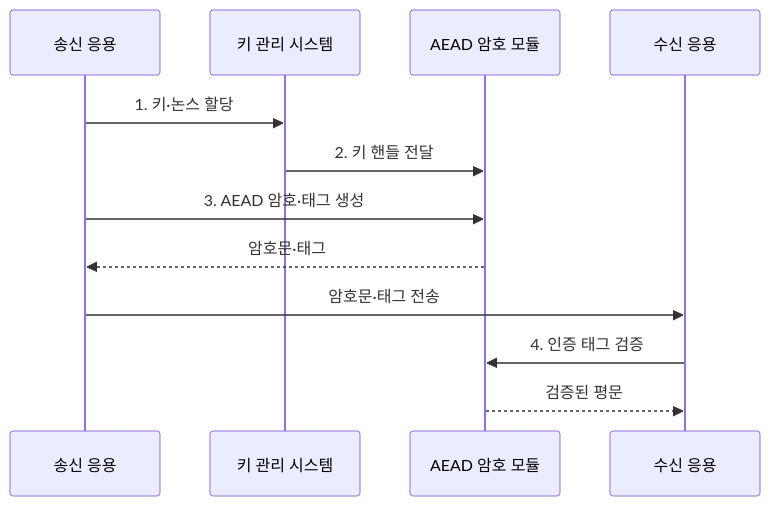
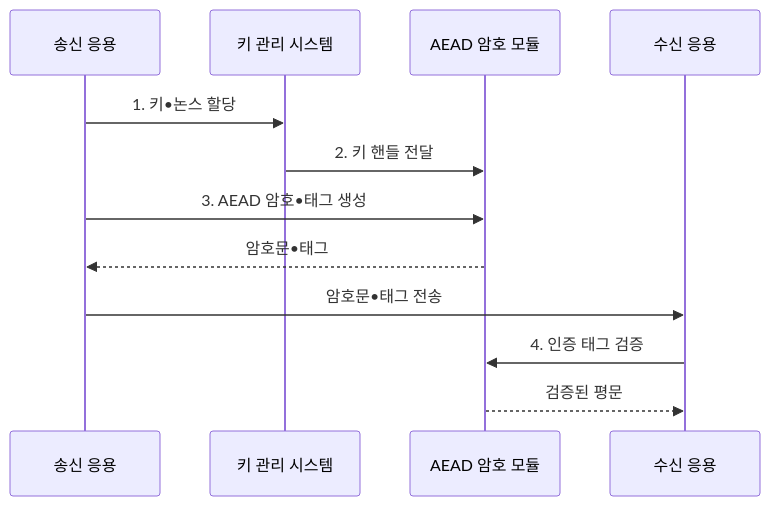
Before and after one commit to agnusdei1207/knowledge-base: the second of 2 diagrams in src/content/docs/notes/05-security/001_symmetric_encryption.md, drawn with Mermaid. The commit also changed other lines of this file and 953 other files, not shown here.

````diff
--- a/src/content/docs/notes/05-security/001_symmetric_encryption.md
+++ b/src/content/docs/notes/05-security/001_symmetric_encryption.md
@@ -104,14 +104,14 @@
 ```mermaid
 sequenceDiagram
     participant S as 송신 응용
     participant K as 키 관리 시스템
     participant C as AEAD 암호 모듈
     participant R as 수신 응용
-    S->>K: 1. 키·논스 할당
+    S->>K: 1. 키•논스 할당
     K->>C: 2. 키 핸들 전달
-    S->>C: 3. AEAD 암호·태그 생성
-    C-->>S: 암호문·태그
-    S->>R: 암호문·태그 전송
+    S->>C: 3. AEAD 암호•태그 생성
+    C-->>S: 암호문•태그
+    S->>R: 암호문•태그 전송
     R->>C: 4. 인증 태그 검증
     C-->>R: 검증된 평문
 ```
````
